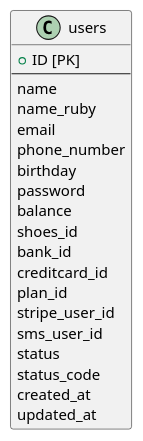
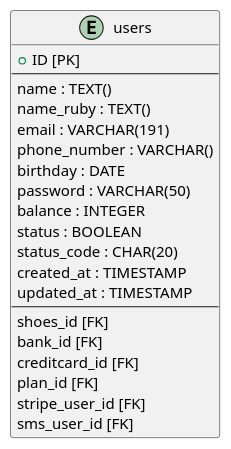
Before and after one commit to mybz-inc/sneaker: the diagram in db/users.pu, drawn with PlantUML. The commit also changed 6 other files, not shown here.

```diff
--- a/db/users.pu
+++ b/db/users.pu
@@ -1,23 +1,24 @@
 @startuml users
-class users {
+entity users {
   + ID [PK]
   --
-  name
-  name_ruby
-  email
-  phone_number
-  birthday
-  password
-  balance
-  shoes_id
-  bank_id
-  creditcard_id
-  plan_id
-  stripe_user_id
-  sms_user_id
-  status
-  status_code
-  created_at
-  updated_at
+  name : TEXT()
+  name_ruby : TEXT()
+  email : VARCHAR(191)
+  phone_number : VARCHAR()
+  birthday : DATE
+  password : VARCHAR(50)
+  balance : INTEGER
+  status : BOOLEAN
+  status_code : CHAR(20)
+  created_at : TIMESTAMP
+  updated_at : TIMESTAMP
+  --
+  shoes_id [FK]
+  bank_id [FK]
+  creditcard_id [FK]
+  plan_id [FK]
+  stripe_user_id [FK]
+  sms_user_id [FK]
 }
 @enduml
```
